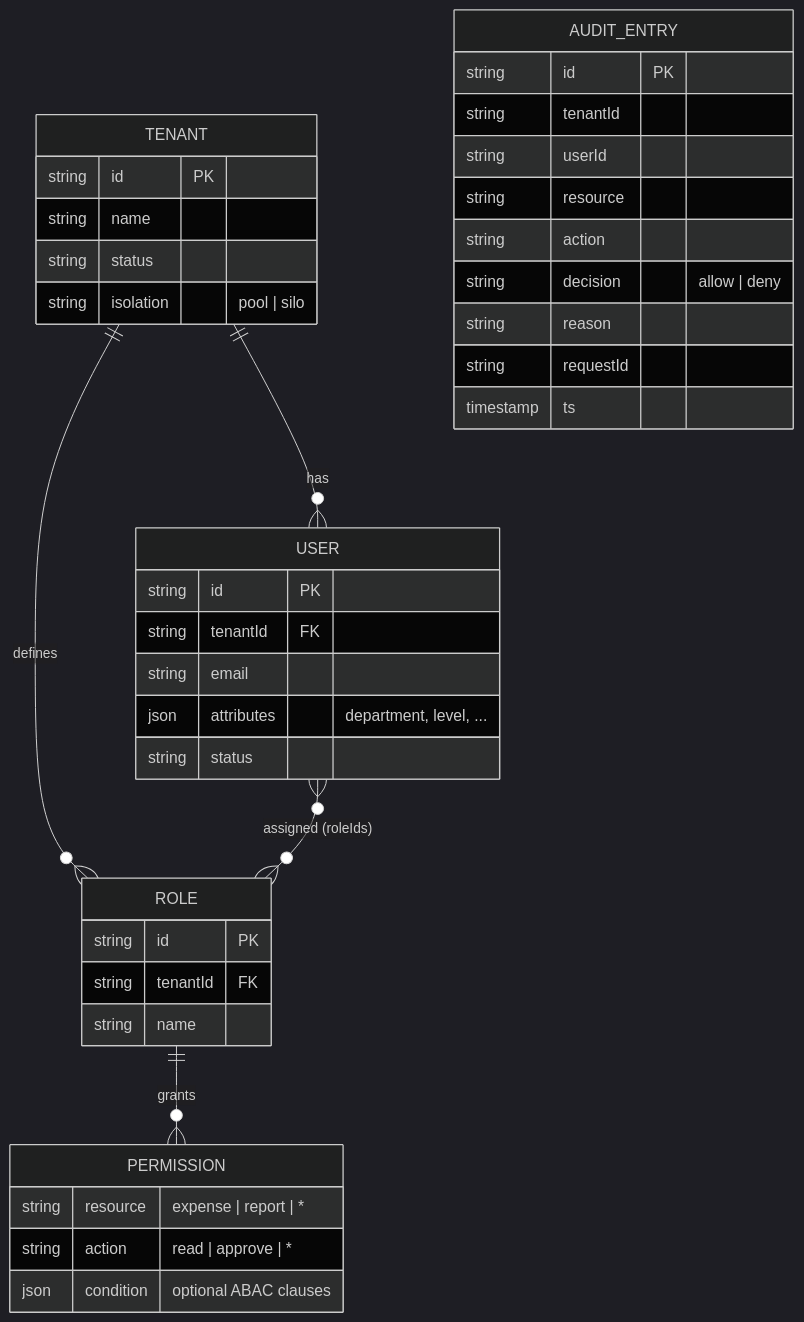
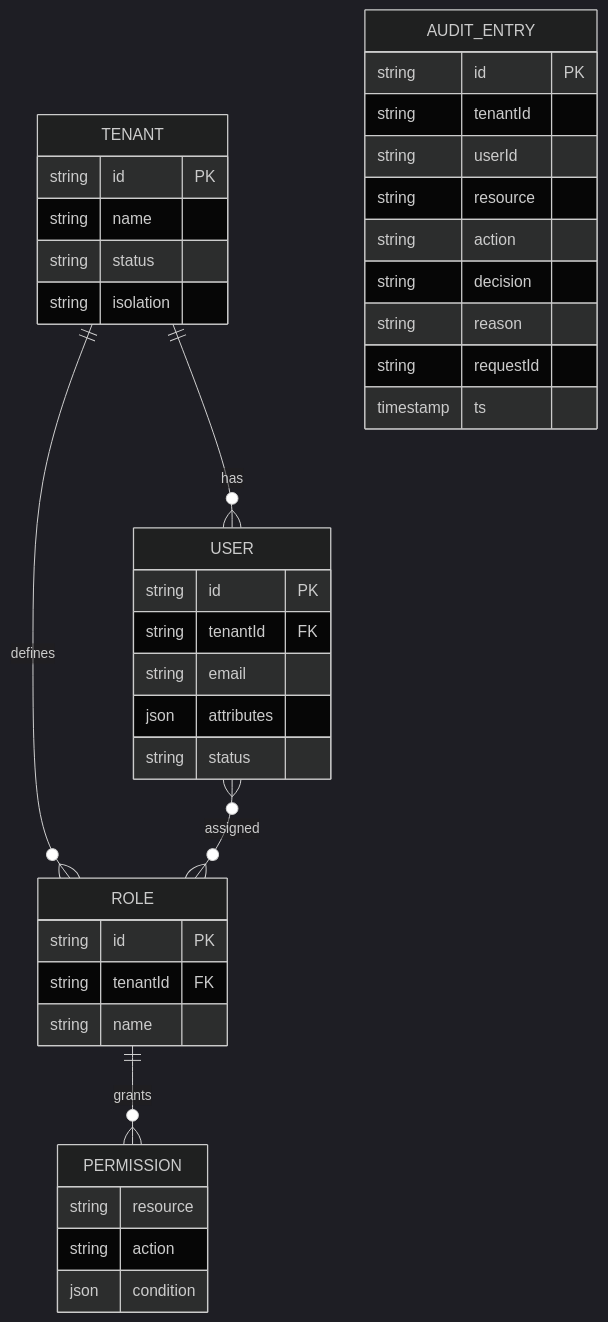
One commit to deepansh2908/access-management-system changed the second of 7 diagrams in docs/DESIGN.md. Above: the diagram before and after it, drawn with Mermaid (dark theme). The commit also changed other lines of this file and 1 other file, not shown here.

First line of the commit message:
docs: simplify Mermaid diagrams so GitHub renders them

````diff
--- a/docs/DESIGN.md
+++ b/docs/DESIGN.md
@@ -181,41 +186,41 @@
 ```mermaid
 erDiagram
   TENANT ||--o{ USER : has
   TENANT ||--o{ ROLE : defines
-  USER }o--o{ ROLE : "assigned (roleIds)"
+  USER }o--o{ ROLE : assigned
   ROLE ||--o{ PERMISSION : grants
   TENANT {
     string id PK
     string name
     string status
-    string isolation "pool | silo"
+    string isolation
   }
   USER {
     string id PK
     string tenantId FK
     string email
-    json attributes "department, level, ..."
+    json attributes
     string status
   }
   ROLE {
     string id PK
     string tenantId FK
     string name
   }
   PERMISSION {
-    string resource "expense | report | *"
-    string action "read | approve | *"
-    json condition "optional ABAC clauses"
+    string resource
+    string action
+    json condition
   }
   AUDIT_ENTRY {
     string id PK
     string tenantId
     string userId
     string resource
     string action
-    string decision "allow | deny"
+    string decision
     string reason
     string requestId
     timestamp ts
   }
 ```
````
